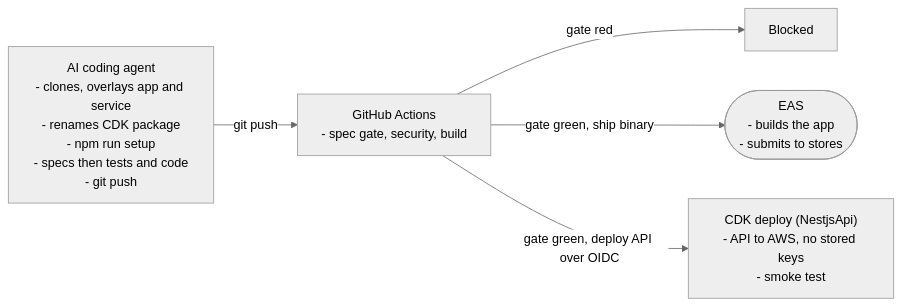
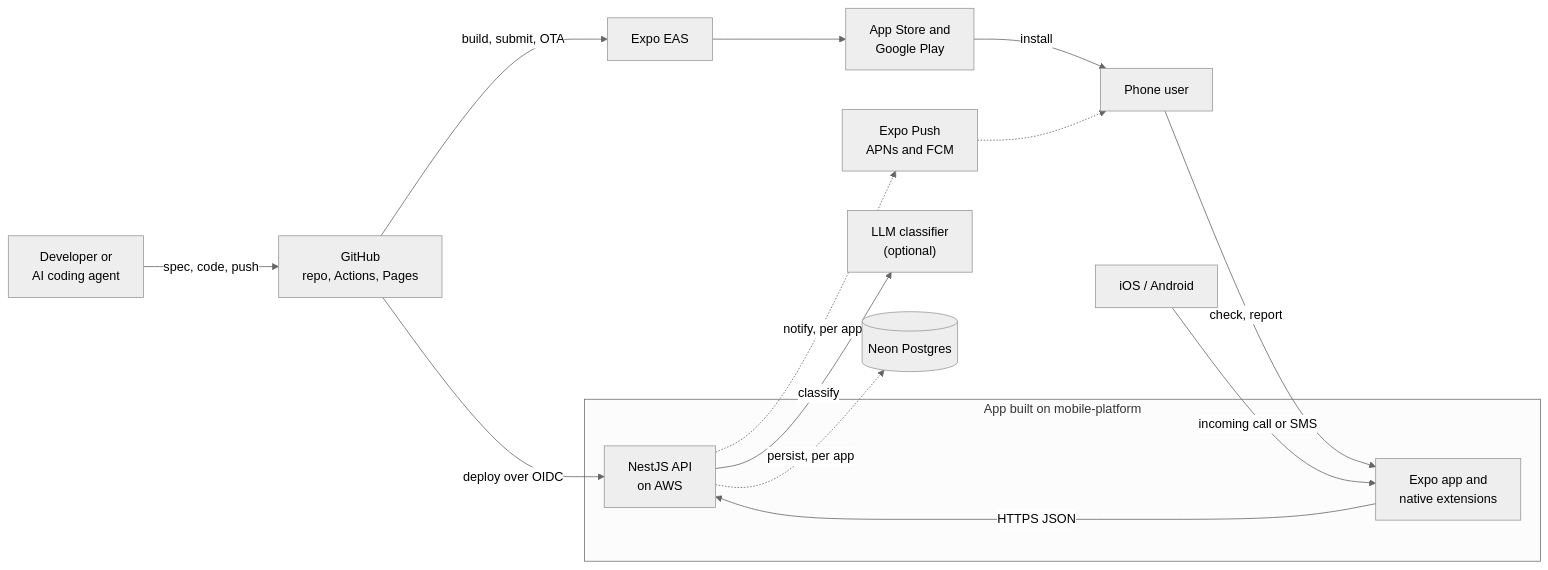
Before and after one commit to elleskay/mobile-platform: the first of 7 diagrams in README.md, drawn with Mermaid (neutral theme). The commit also changed other lines of this file, not shown here.

````diff
--- a/README.md
+++ b/README.md
@@ -97,7 +88,29 @@
 ```mermaid
 flowchart LR
-  Agent["AI coding agent<br/>- clones, overlays app and service<br/>- renames CDK package<br/>- npm run setup<br/>- specs then tests and code<br/>- git push"] -->|"git push"| GH["GitHub Actions<br/>- spec gate, security, build"]
-  GH -->|"gate red"| Block["Blocked"]
-  GH -->|"gate green, ship binary"| EAS(["EAS<br/>- builds the app<br/>- submits to stores"])
-  GH -->|"gate green, deploy API over OIDC"| Deploy["CDK deploy (NestjsApi)<br/>- API to AWS, no stored keys<br/>- smoke test"]
+  Dev["Developer or<br/>AI coding agent"]
+  User["Phone user"]
+  OS["iOS / Android"]
+  subgraph Sys["App built on mobile-platform"]
+    App["Expo app and<br/>native extensions"]
+    API["NestJS API<br/>on AWS"]
+  end
+  GH["GitHub<br/>repo, Actions, Pages"]
+  EAS["Expo EAS"]
+  Stores["App Store and<br/>Google Play"]
+  LLM["LLM classifier<br/>(optional)"]
+  DB[("Neon Postgres")]
+  Push["Expo Push<br/>APNs and FCM"]
+
+  Dev -->|"spec, code, push"| GH
+  GH -->|"deploy over OIDC"| API
+  GH -->|"build, submit, OTA"| EAS
+  EAS --> Stores
+  Stores -->|"install"| User
+  User -->|"check, report"| App
+  OS -->|"incoming call or SMS"| App
+  App -->|"HTTPS JSON"| API
+  API -->|"classify"| LLM
+  API -.->|"persist, per app"| DB
+  API -.->|"notify, per app"| Push
+  Push -.-> User
 ```
````
